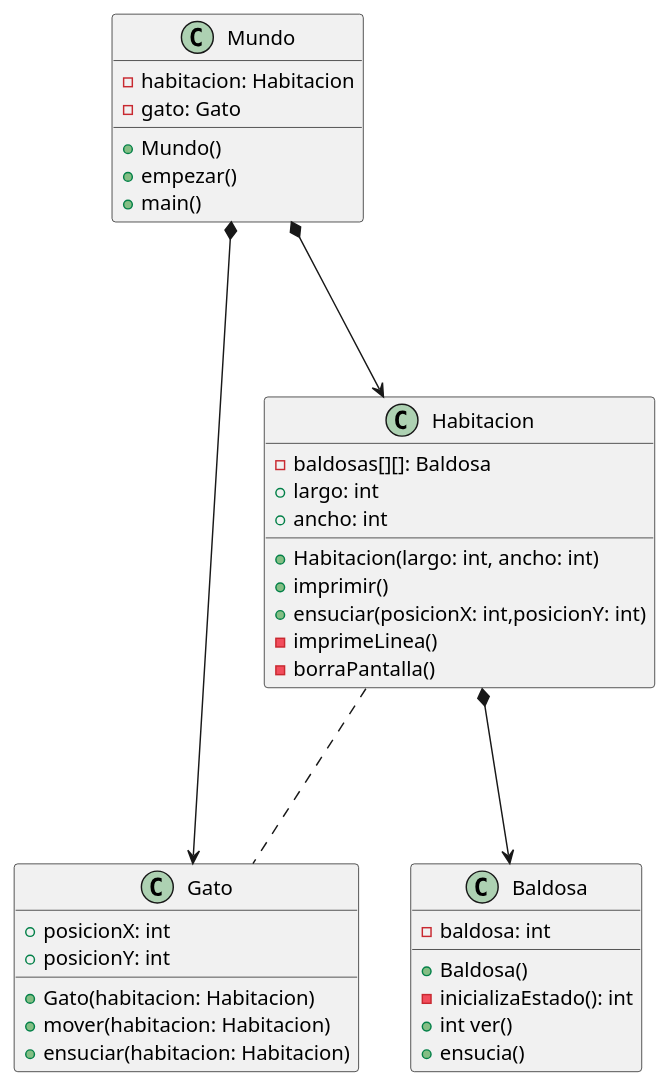
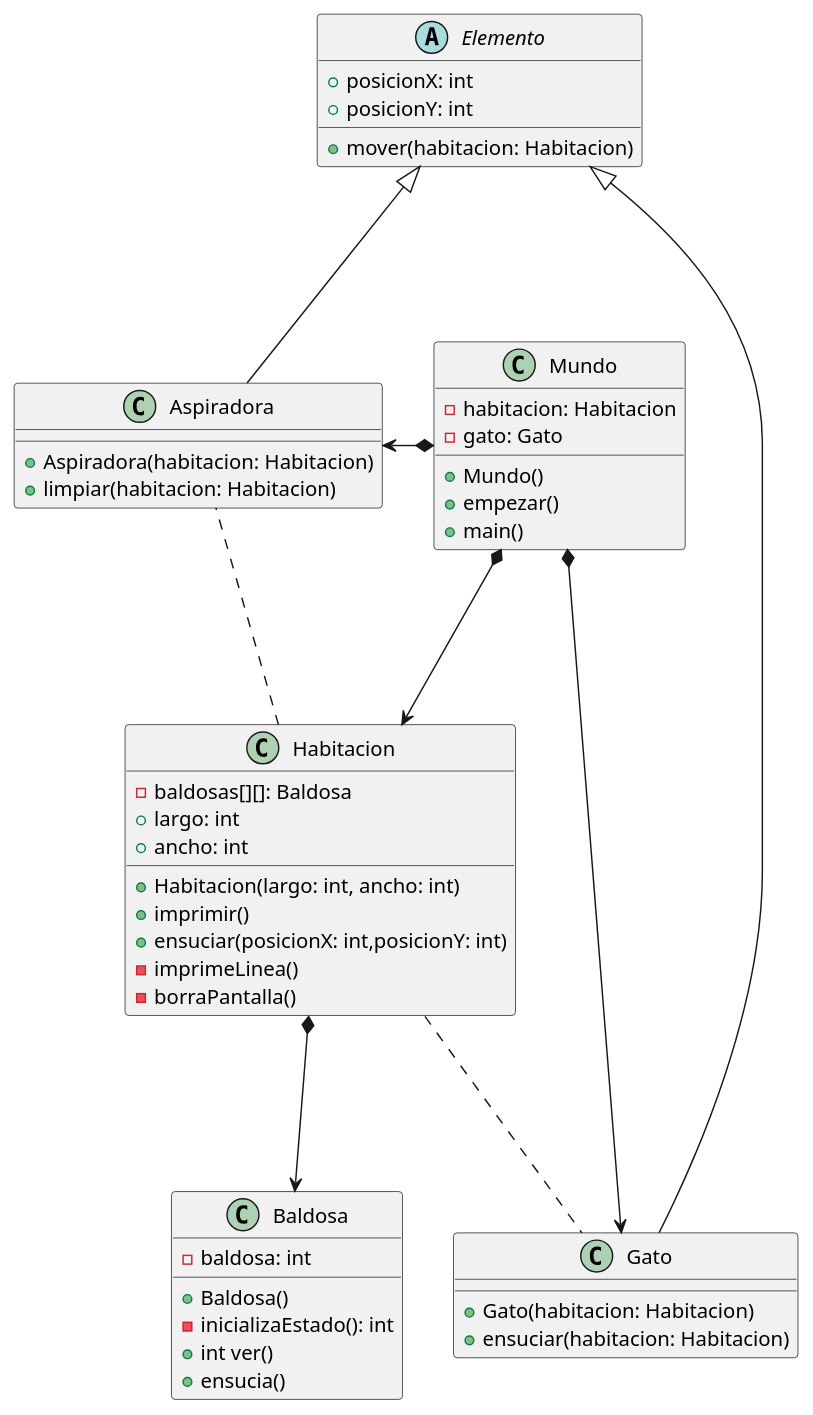
The diagram in diagrama001.puml (mmasias/theWorld), drawn with PlantUML before and after one commit. The commit also changed 2 other files, not shown here.

```diff
--- a/diagrama001.puml
+++ b/diagrama001.puml
@@ -1,43 +1,58 @@
 @startuml
 
 class Mundo{
     - habitacion: Habitacion
     - gato: Gato 
     + Mundo()
     + empezar()
     + main()
 }
 
 class Habitacion {
     - baldosas[][]: Baldosa
     + largo: int
     + ancho: int
     +Habitacion(largo: int, ancho: int)
     +imprimir()
     +ensuciar(posicionX: int,posicionY: int)
     -imprimeLinea()
     -borraPantalla()
 }
 
 class Baldosa{
     - baldosa: int
     + Baldosa()
     - inicializaEstado(): int
     + int ver()
     + ensucia()
 }
 
 class Gato{
-    + posicionX: int
-    + posicionY: int
+
     + Gato(habitacion: Habitacion)
-    + mover(habitacion: Habitacion)
     + ensuciar(habitacion: Habitacion)
 }
 
+class Aspiradora{
+
+    + Aspiradora(habitacion: Habitacion)
+    + limpiar(habitacion: Habitacion)
+}
+
+abstract Elemento{
+    + posicionX: int
+    + posicionY: int
+    + mover(habitacion: Habitacion)
+}
+
+Elemento <|--- Gato 
+Elemento <|--- Aspiradora 
+
 Mundo *-D--> Habitacion
 Mundo *-R---> Gato
+Mundo *-L---> Aspiradora
 Habitacion *-D--> Baldosa 
 Habitacion ... Gato
+Habitacion ... Aspiradora
 
 @enduml
```
